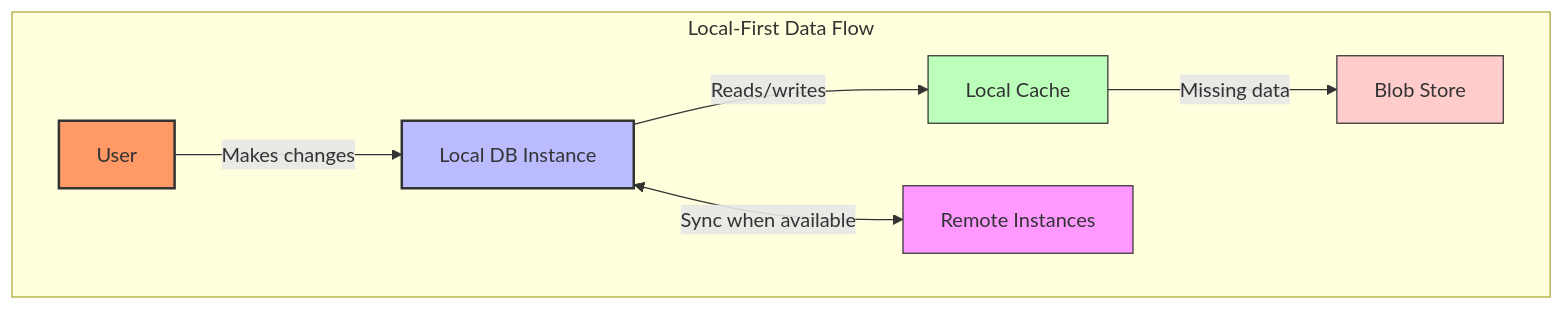
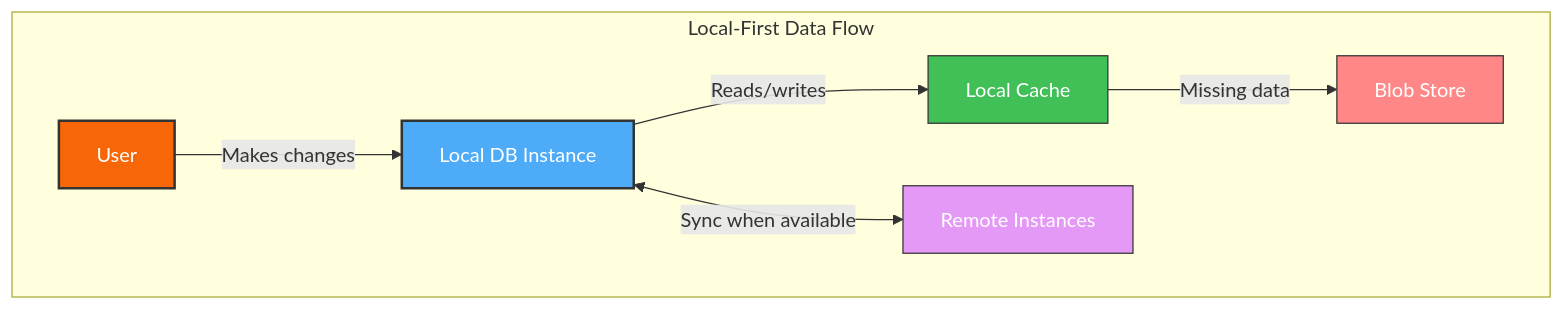
One commit to dialog-db/dialog-db changed the eighth of 11 diagrams in notes/architecture overview.md. Above: the diagram before and after it, drawn with Mermaid. The commit also changed other lines of this file, not shown here.

````diff
--- a/notes/architecture overview.md
+++ b/notes/architecture overview.md
@@ -272,15 +272,15 @@
 ```mermaid
 flowchart TD
     subgraph "Local-First Data Flow"
         User["User"] -->|"Makes changes"| LocalDB["Local DB Instance"]
         LocalDB -->|"Reads/writes"| LocalCache["Local Cache"]
         LocalDB <-->|"Sync when available"| Remote["Remote Instances"]
         LocalCache -->|"Missing data"| BlobStore["Blob Store"]
     end
 
-    style User fill:#f96,stroke:#333,stroke-width:2px
-    style LocalDB fill:#bbf,stroke:#333,stroke-width:2px
-    style LocalCache fill:#bfb,stroke:#333,stroke-width:1px
-    style Remote fill:#f9f,stroke:#333,stroke-width:1px
-    style BlobStore fill:#fcc,stroke:#333,stroke-width:1px
+    style User fill:#F76707,stroke:#333,stroke-width:2px,color:#FFFFFF
+    style LocalDB fill:#4DABF7,stroke:#333,stroke-width:2px,color:#FFFFFF
+    style LocalCache fill:#40C057,stroke:#333,stroke-width:1px,color:#FFFFFF
+    style Remote fill:#E599F7,stroke:#333,stroke-width:1px,color:#FFFFFF
+    style BlobStore fill:#FF8787,stroke:#333,stroke-width:1px,color:#FFFFFF
 ```
````
